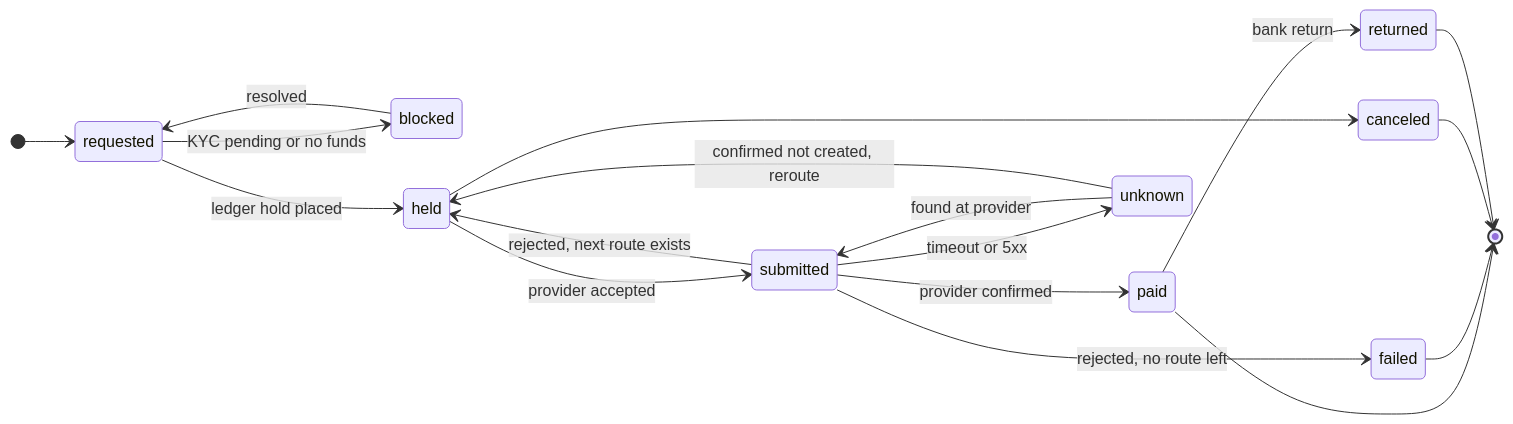
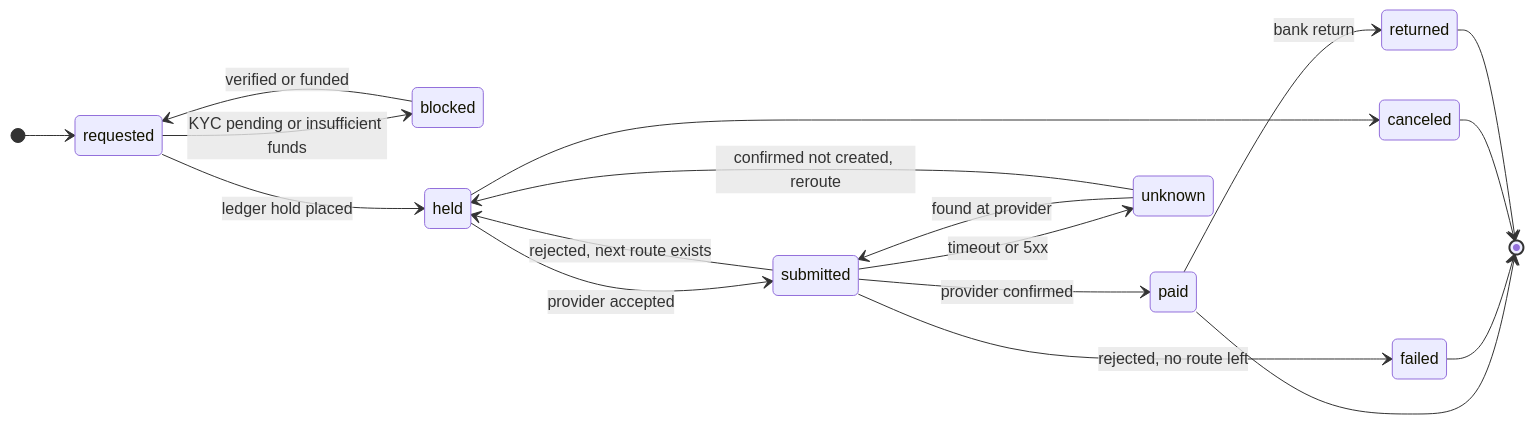
Before and after one commit to gabrielroriz/payout-orchestrator: the second of 2 diagrams in docs/02-design.md, drawn with Mermaid. The commit also changed other lines of this file and 3 other files, not shown here.

````diff
--- a/docs/02-design.md
+++ b/docs/02-design.md
@@ -98,21 +98,21 @@
 ```mermaid
 stateDiagram-v2
     direction LR
     [*] --> requested
-    requested --> blocked: KYC pending or no funds
-    blocked --> requested: resolved
+    requested --> blocked: KYC pending or insufficient funds
+    blocked --> requested: verified or funded
     requested --> held: ledger hold placed
     held --> canceled
     held --> submitted: provider accepted
     submitted --> paid: provider confirmed
     submitted --> unknown: timeout or 5xx
     unknown --> submitted: found at provider
     unknown --> held: confirmed not created, reroute
     submitted --> held: rejected, next route exists
     submitted --> failed: rejected, no route left
     paid --> returned: bank return
     paid --> [*]
     failed --> [*]
     canceled --> [*]
     returned --> [*]
 ```
````
